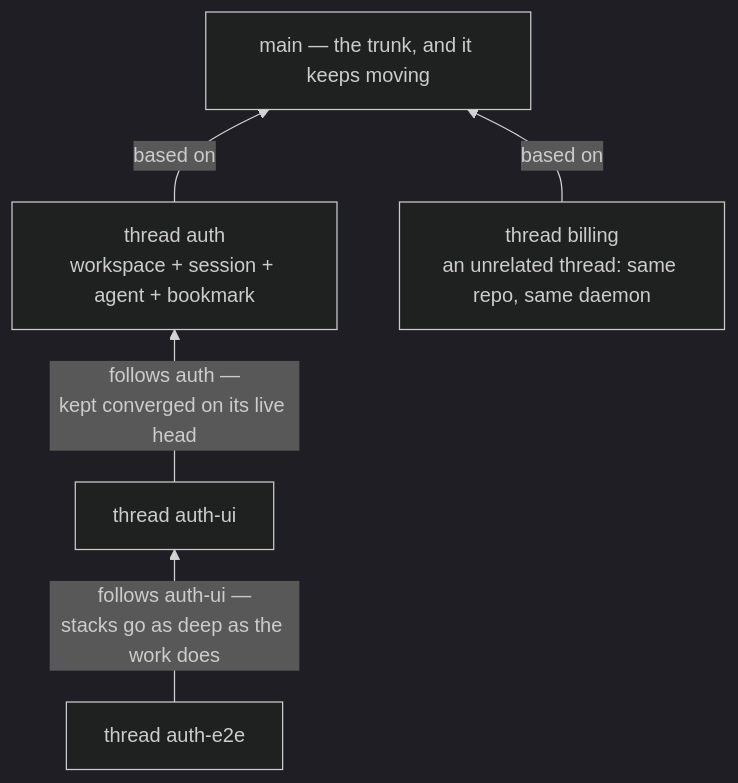
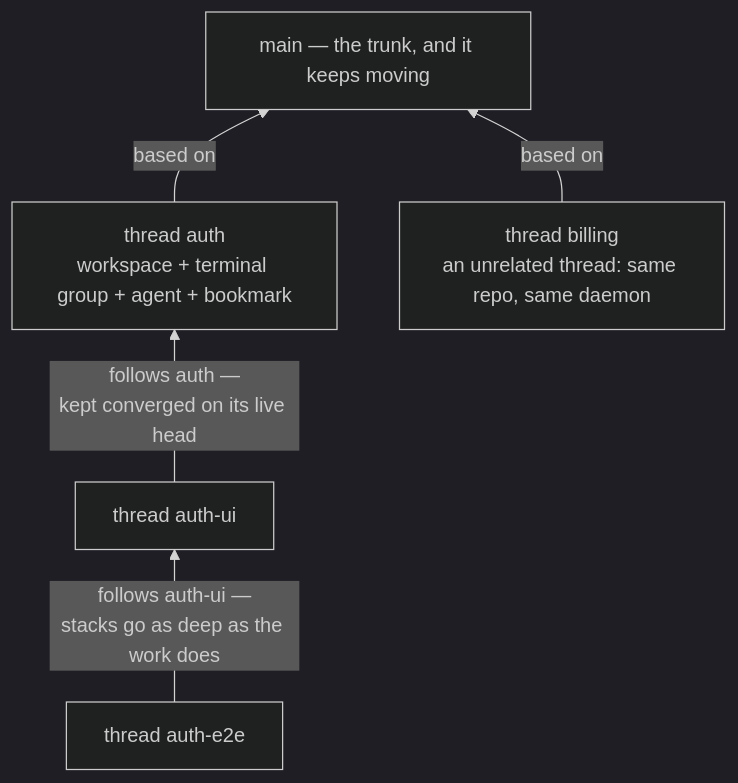
The second of 2 diagrams in docs/reference/book/01-orientation.md (skeswa/kiki), drawn with Mermaid (dark theme) before and after one commit. The commit also changed other lines of this file and 46 other files, not shown here.

````diff
--- a/docs/reference/book/01-orientation.md
+++ b/docs/reference/book/01-orientation.md
@@ -60,12 +60,12 @@
 ```mermaid
 flowchart BT
     main["main — the trunk, and it keeps moving"]
-    auth["thread auth<br/>workspace + session + agent + bookmark"]
+    auth["thread auth<br/>workspace + terminal group + agent + bookmark"]
     authui["thread auth-ui"]
     authe2e["thread auth-e2e"]
     billing["thread billing<br/>an unrelated thread: same repo, same daemon"]
     auth -- "based on" --> main
     billing -- "based on" --> main
     authui -- "follows auth —<br/>kept converged on its live head" --> auth
     authe2e -- "follows auth-ui —<br/>stacks go as deep as the work does" --> authui
 ```
````
